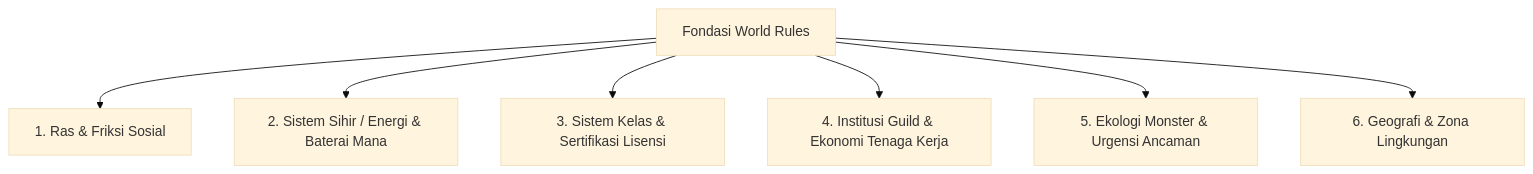
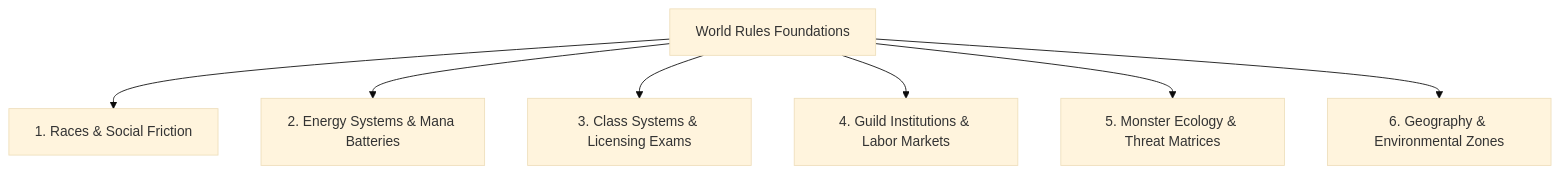
One commit to dwianggororeal/detailed-novel-agent-skill changed the diagram in world_rules_creation/WORLD_RULES_FRAMEWORK.md. Above: the diagram before and after it, drawn with Mermaid (base theme). The commit also changed other lines of this file and 57 other files, not shown here.

````diff
--- a/world_rules_creation/WORLD_RULES_FRAMEWORK.md
+++ b/world_rules_creation/WORLD_RULES_FRAMEWORK.md
@@ -34,9 +32,9 @@
 ```mermaid
 graph TD
-    A[Fondasi World Rules] --> B[1. Ras & Friksi Sosial]
-    A --> C[2. Sistem Sihir / Energi & Baterai Mana]
-    A --> D[3. Sistem Kelas & Sertifikasi Lisensi]
-    A --> E[4. Institusi Guild & Ekonomi Tenaga Kerja]
-    A --> F[5. Ekologi Monster & Urgensi Ancaman]
-    A --> G[6. Geografi & Zona Lingkungan]
+    A[World Rules Foundations] --> B[1. Races & Social Friction]
+    A --> C[2. Energy Systems & Mana Batteries]
+    A --> D[3. Class Systems & Licensing Exams]
+    A --> E[4. Guild Institutions & Labor Markets]
+    A --> F[5. Monster Ecology & Threat Matrices]
+    A --> G[6. Geography & Environmental Zones]
 ```
````
